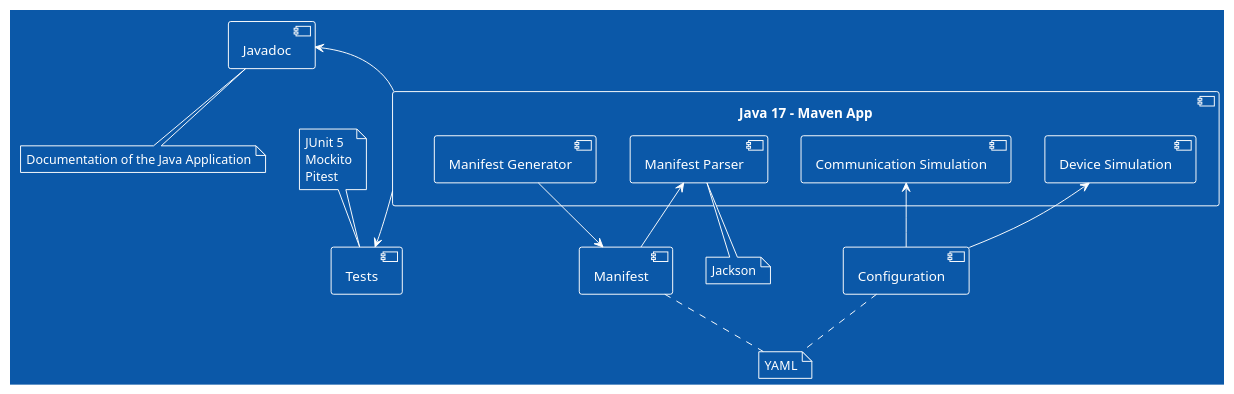
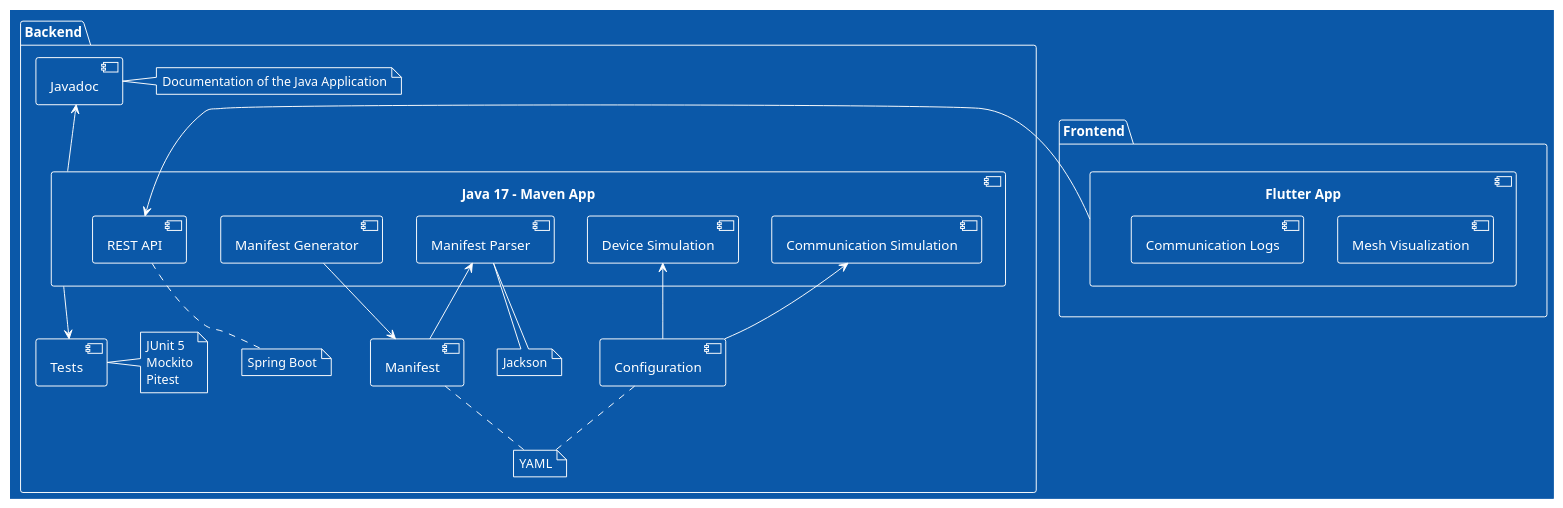
One commit to Diogogrosario/Warehouse-of-the-Future changed the diagram in mesh_communication/docs/wiki/assets/diagrams_src/architecture_diagram.puml. Above: the diagram before and after it, drawn with PlantUML. The commit also changed 4 other files, not shown here.

Commit message:
Update: UML class and architecture diagrams. Added new tools to architecture

```diff
--- a/mesh_communication/docs/wiki/assets/diagrams_src/architecture_diagram.puml
+++ b/mesh_communication/docs/wiki/assets/diagrams_src/architecture_diagram.puml
@@ -1,53 +1,71 @@
 @startuml architecture_diagram
 
 !theme amiga
 
 hide empty members
 
-component "Java 17 - Maven App" as JavaApp {
-    component "Manifest Parser" as parser
-    component "Manifest Generator" as generator
-    component "Communication Simulation" as commSim
-    component "Device Simulation" as devSim
+package Backend {
+    component "Java 17 - Maven App" as JavaApp {
+        component "Manifest Parser" as parser
+        component "Manifest Generator" as generator
+        component "Communication Simulation" as commSim
+        component "Device Simulation" as devSim
+        component "REST API" as api
+    }
+
+    component Javadoc 
+
+    component Configuration
+
+    component Manifest
+
+    component Tests
+
+        
+    note as JavaDocNote
+        Documentation of the Java Application
+    end note
+
+    note as Jack
+        Jackson
+    end note
+
+    note as yaml
+        YAML
+    end note
+
+    note as tests
+        JUnit 5
+        Mockito
+        Pitest
+    end note
+
+    note as spring
+        Spring Boot
+    end note
 }
 
-component Javadoc 
+package Frontend {
+    component "Flutter App" as FlutterApp {
+        component "Mesh Visualization"
+        component "Communication Logs"
+    }
+}
 
-component Configuration
-
-component Manifest
-
-component Tests
-
-note as JavaDocNote
-    Documentation of the Java Application
-end note
-
-note as Jack
-    Jackson
-end note
-
-note as yaml
-    YAML
-end note
-
-note as tests
-    JUnit 5
-    Mockito
-    Pitest
-end note
 
 Configuration .. yaml
 generator -down-> Manifest
 Manifest .. yaml
 parser .. Jack
-Javadoc .. JavaDocNote
+Javadoc .right. JavaDocNote
 Javadoc <-- JavaApp
 Configuration -up-> commSim
 Configuration -up-> devSim
 Manifest -up-> parser
-tests .. Tests
+tests .left. Tests
 JavaApp --> Tests
+api .down. spring
 
+FlutterApp -left-> api
 
 @enduml
```
